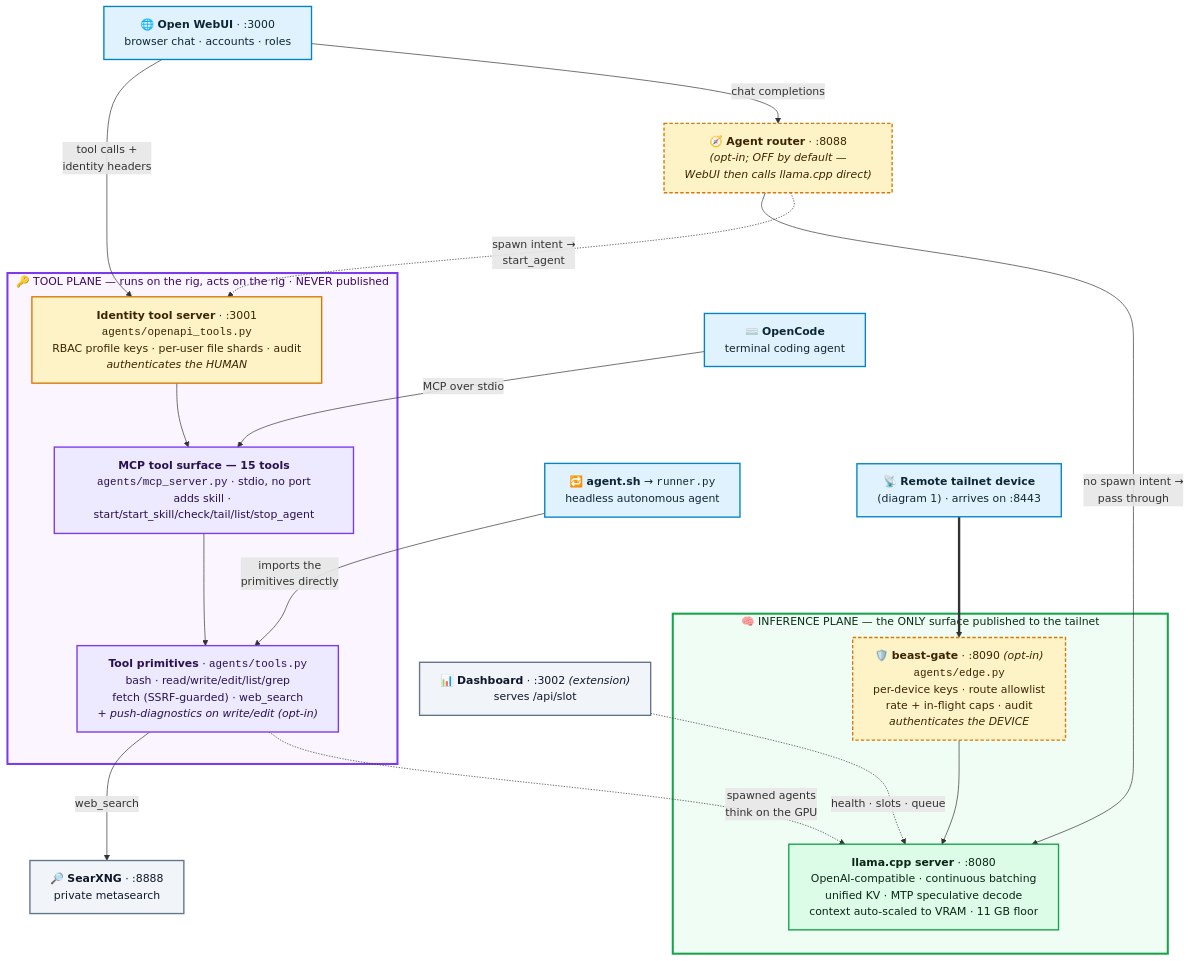
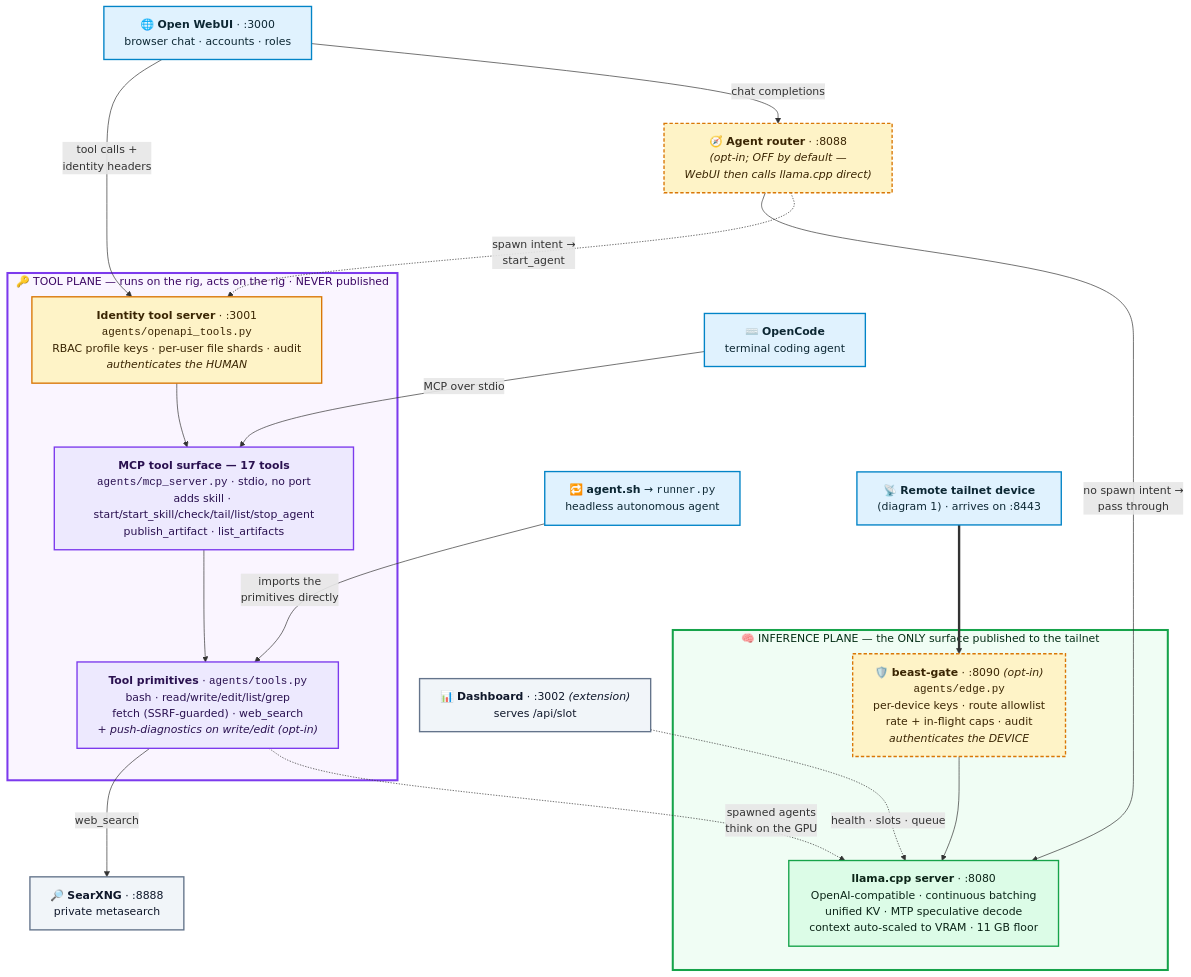
One commit to MaximilianKhan/openbeast changed the second of 2 diagrams in docs/ARCHITECTURE.md. Above: the diagram before and after it, drawn with Mermaid. The commit also changed other lines of this file and 14 other files, not shown here.

First line of the commit message:
agents+tests: beast-artifact core — versioned artifact store + server with the repo's first CSP

````diff
--- a/docs/ARCHITECTURE.md
+++ b/docs/ARCHITECTURE.md
@@ -101,53 +101,53 @@
 ```mermaid
 %%{init: {"flowchart": {"wrappingWidth": 380, "curve": "basis", "nodeSpacing": 45, "rankSpacing": 70}}}%%
 flowchart TB
     webui["🌐 <b>Open WebUI</b> · :3000<br/>browser chat · accounts · roles"]
     opencode["⌨️ <b>OpenCode</b><br/>terminal coding agent"]
     agentsh["🔁 <b>agent.sh</b> → <code>runner.py</code><br/>headless autonomous agent"]
     remote["📡 <b>Remote tailnet device</b><br/>(diagram 1) · arrives on :8443"]
 
     subgraph TOOLPLANE["🔑 TOOL PLANE — runs on the rig, acts on the rig · NEVER published"]
         its["<b>Identity tool server</b> · :3001<br/><code>agents/openapi_tools.py</code><br/>RBAC profile keys · per-user file shards · audit<br/><i>authenticates the HUMAN</i>"]
-        mcp["<b>MCP tool surface — 15 tools</b><br/><code>agents/mcp_server.py</code> · stdio, no port<br/>adds skill · start/start_skill/check/tail/list/stop_agent"]
+        mcp["<b>MCP tool surface — 17 tools</b><br/><code>agents/mcp_server.py</code> · stdio, no port<br/>adds skill · start/start_skill/check/tail/list/stop_agent<br/>publish_artifact · list_artifacts"]
         core["<b>Tool primitives</b> · <code>agents/tools.py</code><br/>bash · read/write/edit/list/grep<br/>fetch (SSRF-guarded) · web_search<br/><i>+ push-diagnostics on write/edit (opt-in)</i>"]
         its --> mcp --> core
     end
 
     subgraph INFPLANE["🧠 INFERENCE PLANE — the ONLY surface published to the tailnet"]
         gate["🛡️ <b>beast-gate</b> · :8090 <i>(opt-in)</i><br/><code>agents/edge.py</code><br/>per-device keys · route allowlist<br/>rate + in-flight caps · audit<br/><i>authenticates the DEVICE</i>"]
         llama["<b>llama.cpp server</b> · :8080<br/>OpenAI-compatible · continuous batching<br/>unified KV · MTP speculative decode<br/>context auto-scaled to VRAM · 11 GB floor"]
         gate --> llama
     end
 
     router["🧭 <b>Agent router</b> · :8088<br/><i>(opt-in; OFF by default —<br/>WebUI then calls llama.cpp direct)</i>"]
     searxng["🔎 <b>SearXNG</b> · :8888<br/>private metasearch"]
     dash["📊 <b>Dashboard</b> · :3002 <i>(extension)</i><br/>serves /api/slot"]
 
     webui -->|"tool calls +<br/>identity headers"| its
     opencode -->|"MCP over stdio"| mcp
     agentsh -->|"imports the<br/>primitives directly"| core
     remote ==> gate
 
     webui -->|"chat completions"| router
     router -->|"no spawn intent →<br/>pass through"| llama
     router -.->|"spawn intent →<br/>start_agent"| its
 
     core -->|"web_search"| searxng
     core -.->|"spawned agents<br/>think on the GPU"| llama
     dash -.->|"health · slots · queue"| llama
 
     classDef fe fill:#e0f2fe,stroke:#0284c7,stroke-width:2px,color:#0c2733;
     classDef tool fill:#ede9fe,stroke:#7c3aed,stroke-width:2px,color:#2a1150;
     classDef inf fill:#dcfce7,stroke:#16a34a,stroke-width:2px,color:#0b2417;
     classDef sec fill:#fef3c7,stroke:#d97706,stroke-width:2px,color:#3a2503;
     classDef optin fill:#fef3c7,stroke:#d97706,stroke-width:2px,stroke-dasharray:5 3,color:#3a2503;
     classDef aux fill:#f1f5f9,stroke:#64748b,stroke-width:2px,color:#0f172a;
     class webui,opencode,agentsh,remote fe;
     class mcp,core tool;
     class its sec;
     class llama inf;
     class gate,router optin;
     class searxng,dash aux;
     style TOOLPLANE fill:#faf5ff,stroke:#7c3aed,stroke-width:3px,color:#3b0764;
     style INFPLANE fill:#f0fdf4,stroke:#16a34a,stroke-width:3px,color:#052e16;
 ```
````
